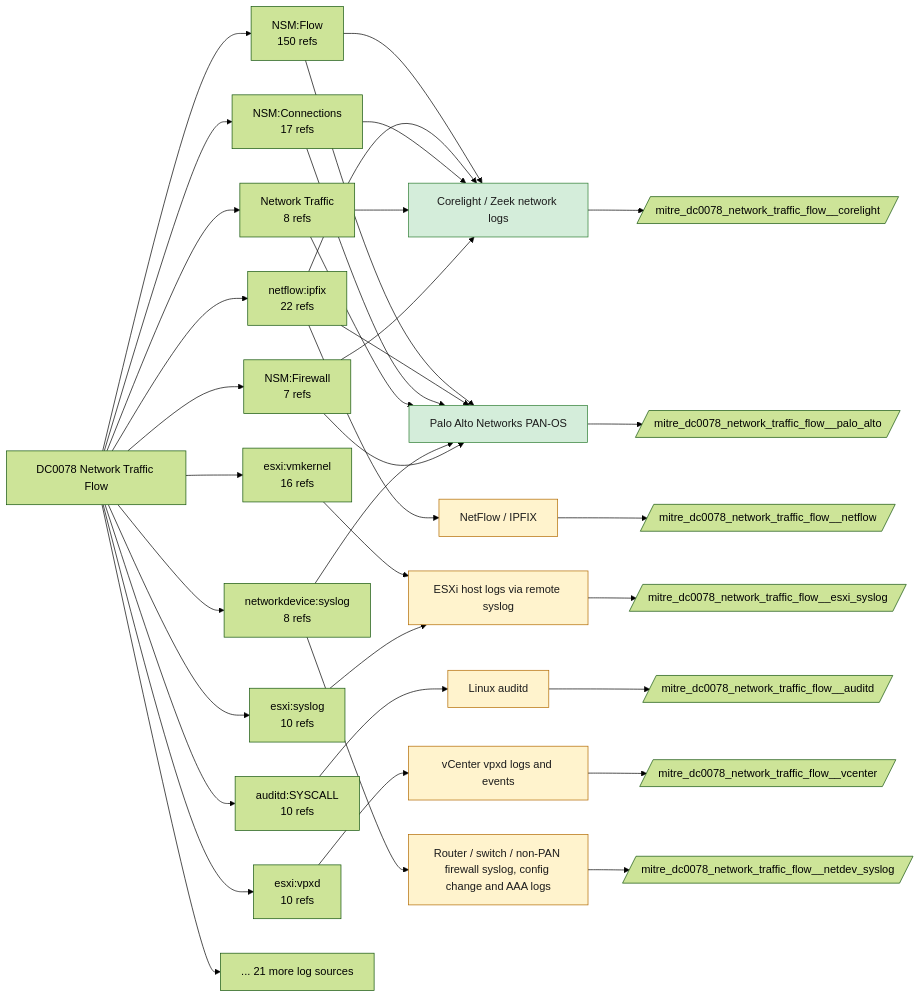
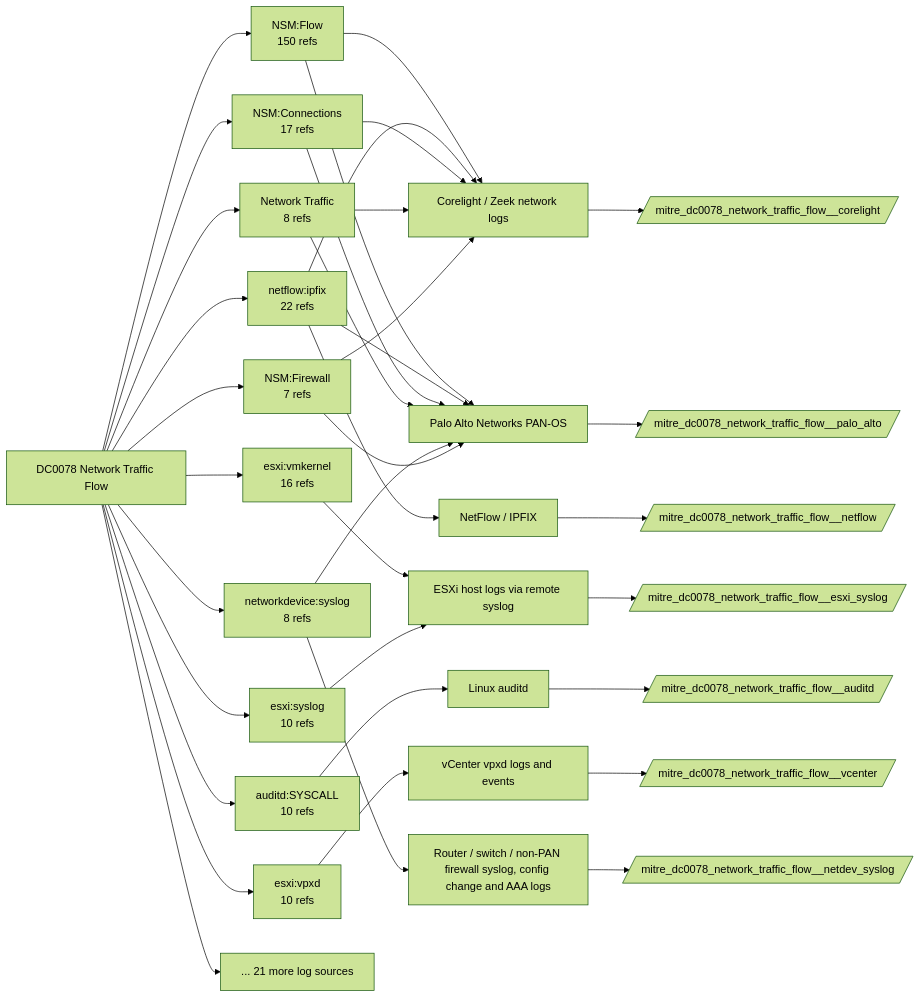
One commit to dev-nobytes-io/mitre-defensive-mappings-spl changed the diagram in docs/data-components/DC0078-network-traffic-flow.md. Above: the diagram before and after it, drawn with Mermaid (forest theme). The commit also changed other lines of this file and 366 other files, not shown here.

````diff
--- a/docs/data-components/DC0078-network-traffic-flow.md
+++ b/docs/data-components/DC0078-network-traffic-flow.md
@@ -19,55 +19,46 @@
 ```mermaid
 flowchart LR
   DC["DC0078 Network Traffic Flow"]
   DC --> LS0["NSM:Flow<br/>150 refs"]
   F_corelight["Corelight / Zeek network logs"]
   LS0 --> F_corelight
   F_palo_alto["Palo Alto Networks PAN-OS"]
   LS0 --> F_palo_alto
   DC --> LS1["netflow:ipfix<br/>22 refs"]
   F_netflow["NetFlow / IPFIX"]
   LS1 --> F_netflow
   LS1 --> F_corelight
   LS1 --> F_palo_alto
   DC --> LS2["NSM:Connections<br/>17 refs"]
   LS2 --> F_corelight
   LS2 --> F_palo_alto
   DC --> LS3["esxi:vmkernel<br/>16 refs"]
   F_esxi_syslog["ESXi host logs via remote syslog"]
   LS3 --> F_esxi_syslog
   DC --> LS4["auditd:SYSCALL<br/>10 refs"]
   F_auditd["Linux auditd"]
   LS4 --> F_auditd
   DC --> LS5["esxi:syslog<br/>10 refs"]
   LS5 --> F_esxi_syslog
   DC --> LS6["esxi:vpxd<br/>10 refs"]
   F_vcenter["vCenter vpxd logs and events"]
   LS6 --> F_vcenter
   DC --> LS7["Network Traffic<br/>8 refs"]
   LS7 --> F_corelight
   LS7 --> F_palo_alto
   DC --> LS8["networkdevice:syslog<br/>8 refs"]
   LS8 --> F_palo_alto
   F_netdev_syslog["Router / switch / non-PAN firewall syslog, config change and AAA logs"]
   LS8 --> F_netdev_syslog
   DC --> LS9["NSM:Firewall<br/>7 refs"]
   LS9 --> F_palo_alto
   LS9 --> F_corelight
   DC --> MORE["... 21 more log sources"]
+  F_auditd --> ET_auditd[/"mitre_dc0078_network_traffic_flow__auditd"/]
   F_corelight --> ET_corelight[/"mitre_dc0078_network_traffic_flow__corelight"/]
-  class F_corelight live
+  F_esxi_syslog --> ET_esxi_syslog[/"mitre_dc0078_network_traffic_flow__esxi_syslog"/]
+  F_netdev_syslog --> ET_netdev_syslog[/"mitre_dc0078_network_traffic_flow__netdev_syslog"/]
+  F_netflow --> ET_netflow[/"mitre_dc0078_network_traffic_flow__netflow"/]
   F_palo_alto --> ET_palo_alto[/"mitre_dc0078_network_traffic_flow__palo_alto"/]
-  class F_palo_alto live
-  F_auditd --> ET_auditd[/"mitre_dc0078_network_traffic_flow__auditd"/]
-  class F_auditd ready
-  F_esxi_syslog --> ET_esxi_syslog[/"mitre_dc0078_network_traffic_flow__esxi_syslog"/]
-  class F_esxi_syslog ready
-  F_netdev_syslog --> ET_netdev_syslog[/"mitre_dc0078_network_traffic_flow__netdev_syslog"/]
-  class F_netdev_syslog ready
-  F_netflow --> ET_netflow[/"mitre_dc0078_network_traffic_flow__netflow"/]
-  class F_netflow ready
   F_vcenter --> ET_vcenter[/"mitre_dc0078_network_traffic_flow__vcenter"/]
-  class F_vcenter ready
-  classDef live fill:#d4edda,stroke:#2e7d32,color:#1b1b1b
-  classDef ready fill:#fff3cd,stroke:#b26a00,color:#1b1b1b
 ```
````
